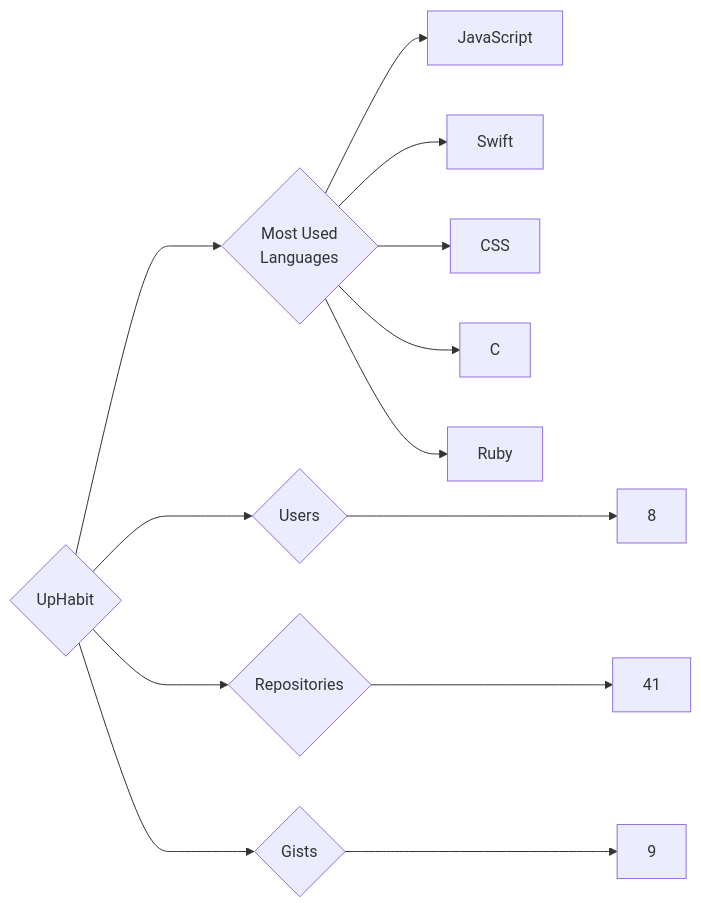
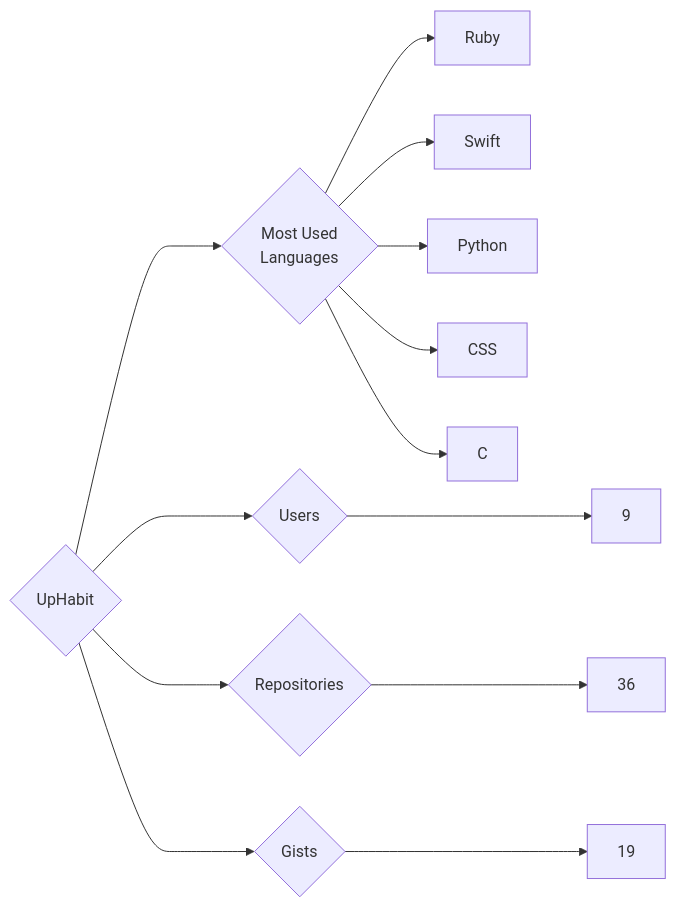
Before and after one commit to trickest/insiders: the diagram in targets/UpHabit/README.md, drawn with Mermaid. The commit also changed 1508 other files, not shown here.

````diff
--- a/targets/UpHabit/README.md
+++ b/targets/UpHabit/README.md
@@ -3,13 +3,13 @@
 ```mermaid
 graph LR
 COMPANY_NAME{UpHabit}
-COMPANY_NAME ---> U{Users} ---> UN[8]
-COMPANY_NAME ---> R{Repositories} ---> RN[41]
-COMPANY_NAME ---> G{Gists} ---> GN[9]
+COMPANY_NAME ---> U{Users} ---> UN[9]
+COMPANY_NAME ---> R{Repositories} ---> RN[36]
+COMPANY_NAME ---> G{Gists} ---> GN[19]
 COMPANY_NAME ---> ML{Most Used<br>Languages}
-ML --> JavaScript[JavaScript]
+ML --> Ruby[Ruby]
 ML --> Swift[Swift]
+ML --> Python[Python]
 ML --> CSS[CSS]
 ML --> C[C]
-ML --> Ruby[Ruby]
 ```
````
